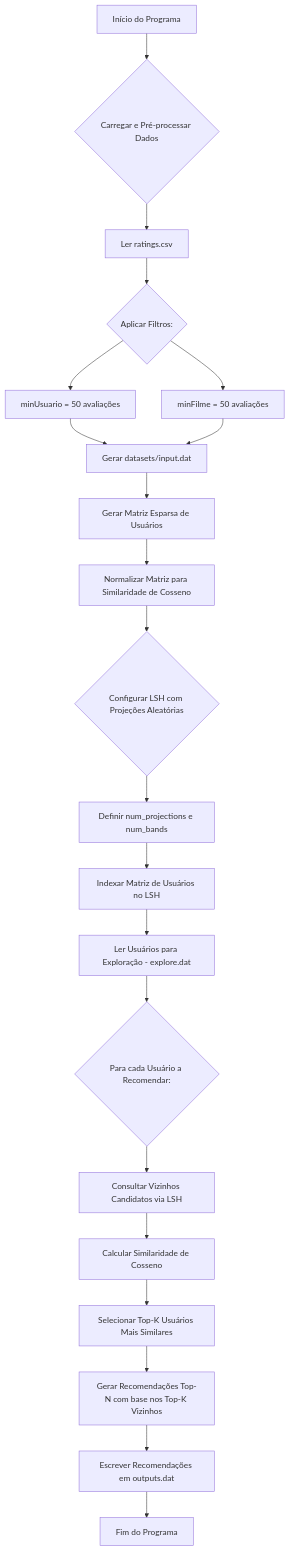
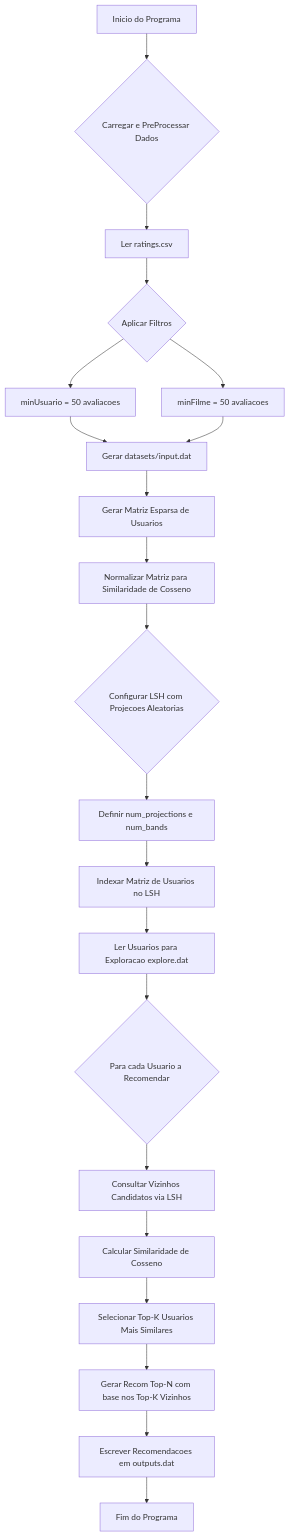
The diagram in README.md (msjujubr/Recommender-System), drawn with Mermaid before and after one commit. The commit also changed other lines of this file, not shown here.

````diff
--- a/README.md
+++ b/README.md
@@ -41,24 +40,24 @@
 ```mermaid
 flowchart TD
-    A[Início do Programa] --> B{Carregar e Pré-processar Dados}
+    A[Inicio do Programa] --> B{Carregar e PreProcessar Dados}
     B --> C[Ler ratings.csv]
-    C --> D{Aplicar Filtros:}
-    D --> D1[minUsuario = 50 avaliações]
-    D --> D2[minFilme = 50 avaliações]
+    C --> D{Aplicar Filtros}
+    D --> D1[minUsuario = 50 avaliacoes]
+    D --> D2[minFilme = 50 avaliacoes]
     D1 --> E[Gerar datasets/input.dat]
     D2 --> E
-    E --> F[Gerar Matriz Esparsa de Usuários]
+    E --> F[Gerar Matriz Esparsa de Usuarios]
     F --> F1[Normalizar Matriz para Similaridade de Cosseno]
-    F1 --> G{Configurar LSH com Projeções Aleatórias}
+    F1 --> G{Configurar LSH com Projecoes Aleatorias}
     G --> G1[Definir num_projections e num_bands]
-    G1 --> H[Indexar Matriz de Usuários no LSH]
-    H --> I[Ler Usuários para Exploração - explore.dat]
-    I --> J{Para cada Usuário a Recomendar:}
+    G1 --> H[Indexar Matriz de Usuarios no LSH]
+    H --> I[Ler Usuarios para Exploracao explore.dat]
+    I --> J{Para cada Usuario a Recomendar}
     J --> J1[Consultar Vizinhos Candidatos via LSH]
     J1 --> J2[Calcular Similaridade de Cosseno]
-    J2 --> J3[Selecionar Top-K Usuários Mais Similares]
-    J3 --> J4[Gerar Recomendações Top-N com base nos Top-K Vizinhos]
-    J4 --> K[Escrever Recomendações em outputs.dat]
+    J2 --> J3[Selecionar Top-K Usuarios Mais Similares]
+    J3 --> J4[Gerar Recom Top-N com base nos Top-K Vizinhos]
+    J4 --> K[Escrever Recomendacoes em outputs.dat]
     K --> L[Fim do Programa]
 
- ```
+```
````
